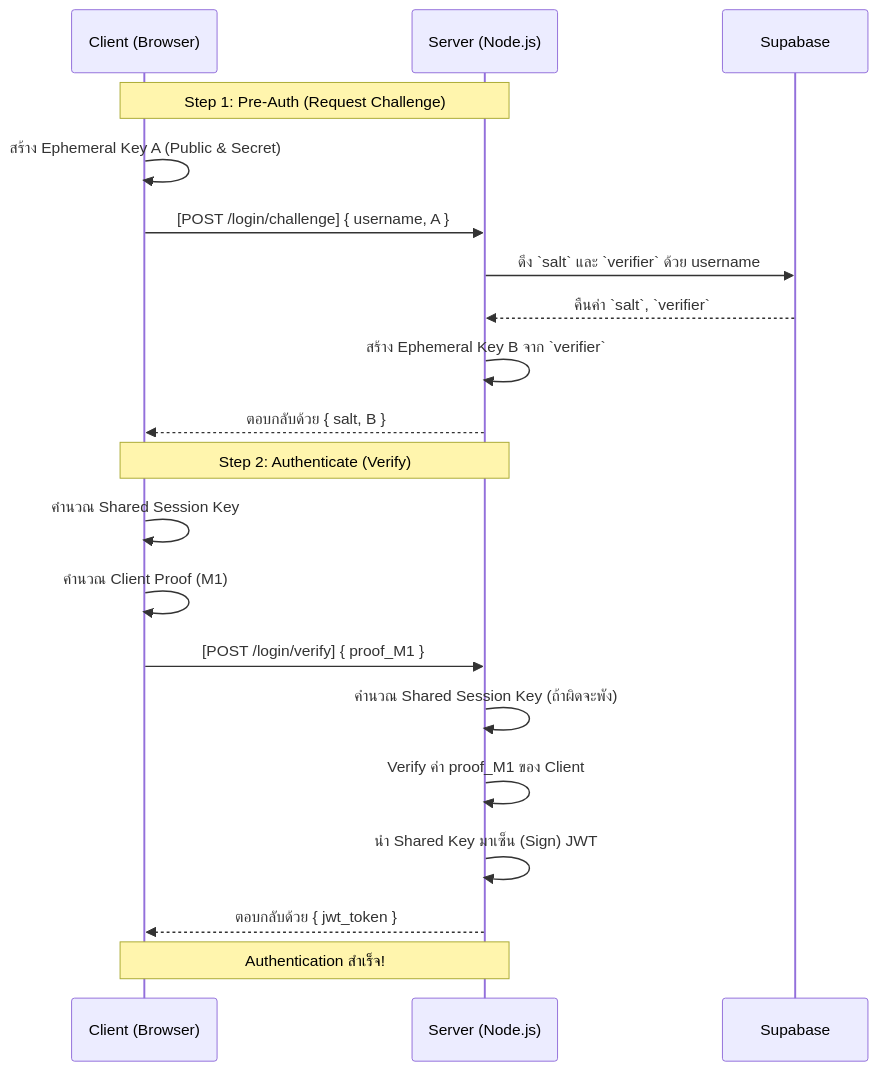
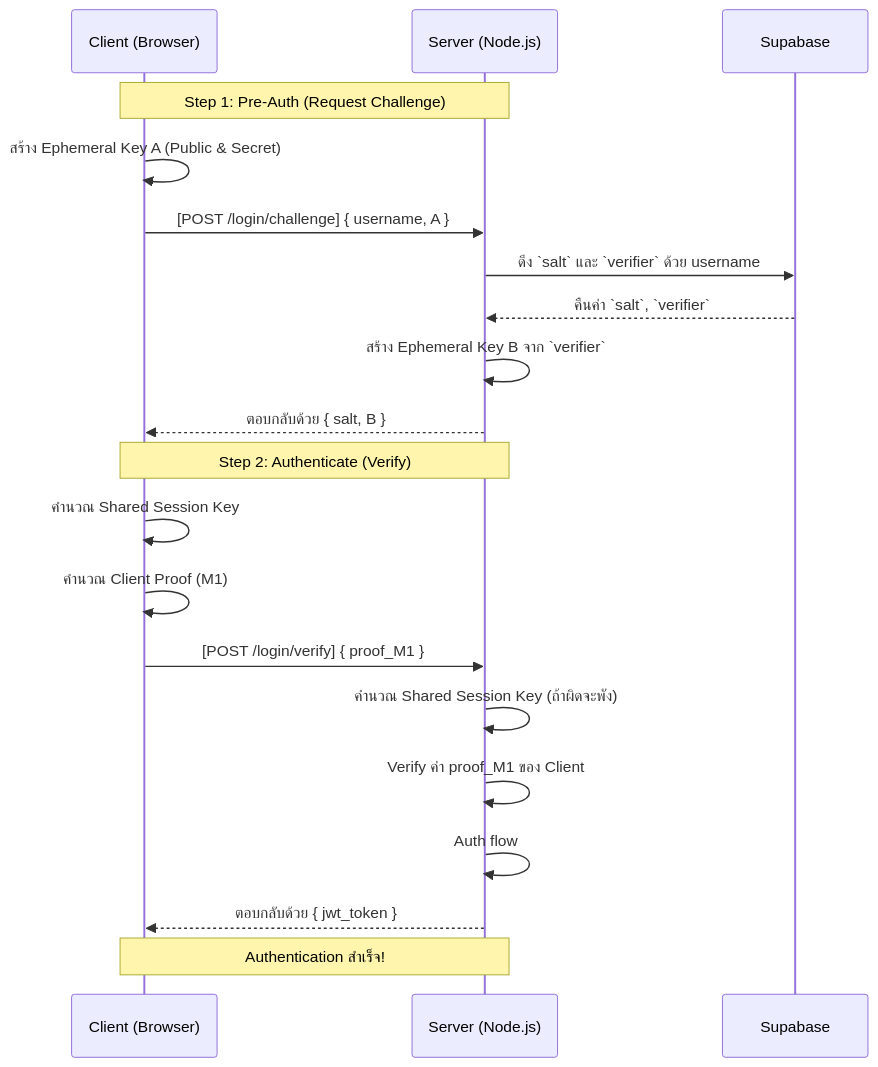
One commit to ilovebankbot/supabase-srp changed the second of 3 diagrams in README.md. Above: the diagram before and after it, drawn with Mermaid.

````diff
--- a/README.md
+++ b/README.md
@@ -58,26 +58,26 @@
 ```mermaid
 sequenceDiagram
     participant Client (Browser)
     participant Server (Node.js)
     participant Supabase
 
     Note over Client (Browser),Server (Node.js): Step 1: Pre-Auth (Request Challenge)
     Client (Browser)->>Client (Browser): สร้าง Ephemeral Key A (Public & Secret)
     Client (Browser)->>Server (Node.js): [POST /login/challenge] { username, A }
     
     Server (Node.js)->>Supabase: ดึง `salt` และ `verifier` ด้วย username
     Supabase-->>Server (Node.js): คืนค่า `salt`, `verifier`
     Server (Node.js)->>Server (Node.js): สร้าง Ephemeral Key B จาก `verifier`
     Server (Node.js)-->>Client (Browser): ตอบกลับด้วย { salt, B }
 
     Note over Client (Browser),Server (Node.js): Step 2: Authenticate (Verify)
     Client (Browser)->>Client (Browser): คำนวณ Shared Session Key
     Client (Browser)->>Client (Browser): คำนวณ Client Proof (M1)
     Client (Browser)->>Server (Node.js): [POST /login/verify] { proof_M1 }
 
     Server (Node.js)->>Server (Node.js): คำนวณ Shared Session Key (ถ้าผิดจะพัง)
     Server (Node.js)->>Server (Node.js): Verify ค่า proof_M1 ของ Client
-    Server (Node.js)->>Server (Node.js): นำ Shared Key มาเซ็น (Sign) JWT
+    Server (Node.js)->>Server (Node.js): Auth flow
     Server (Node.js)-->>Client (Browser): ตอบกลับด้วย { jwt_token }
     Note over Client (Browser),Server (Node.js): Authentication สำเร็จ!
 ```
````
